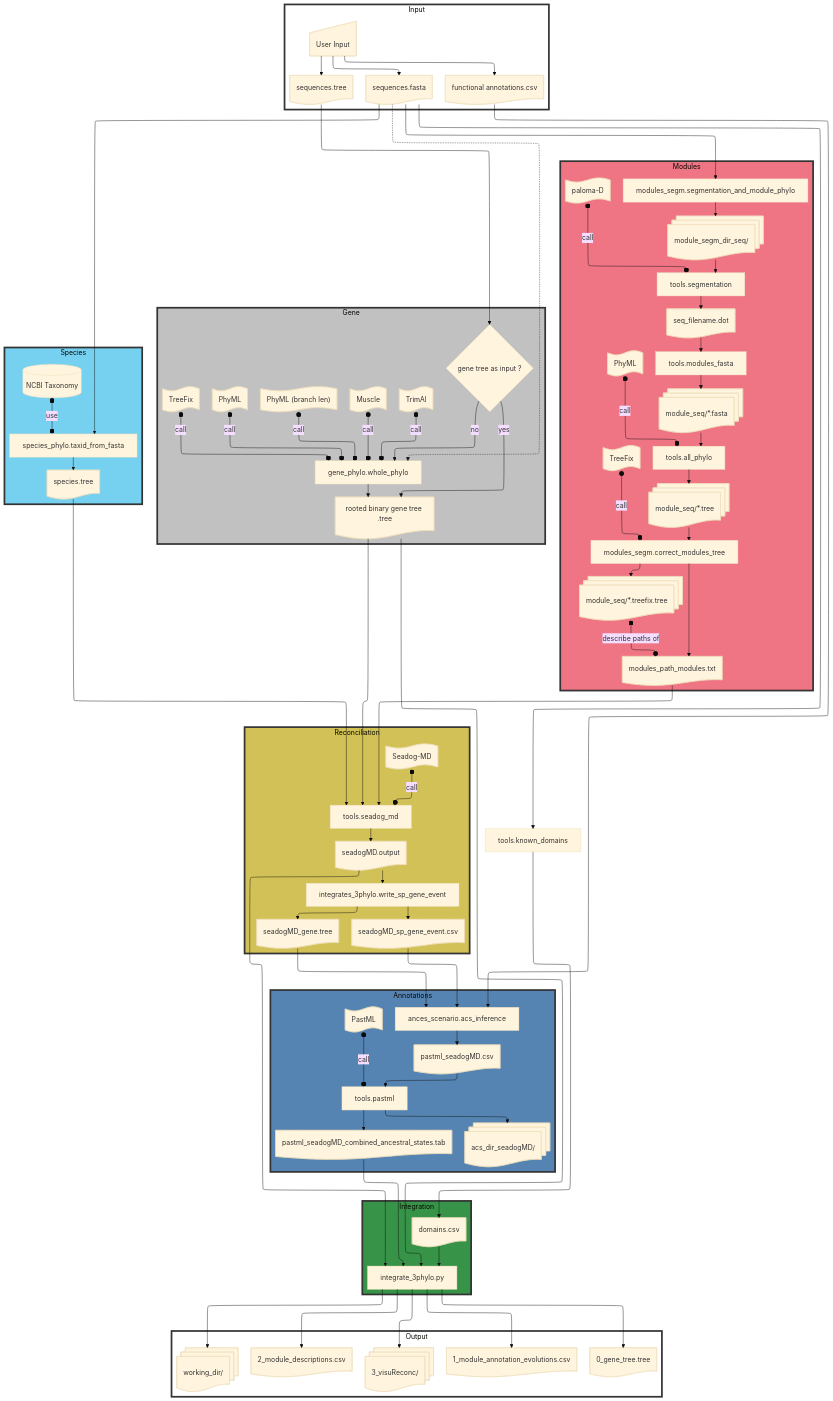
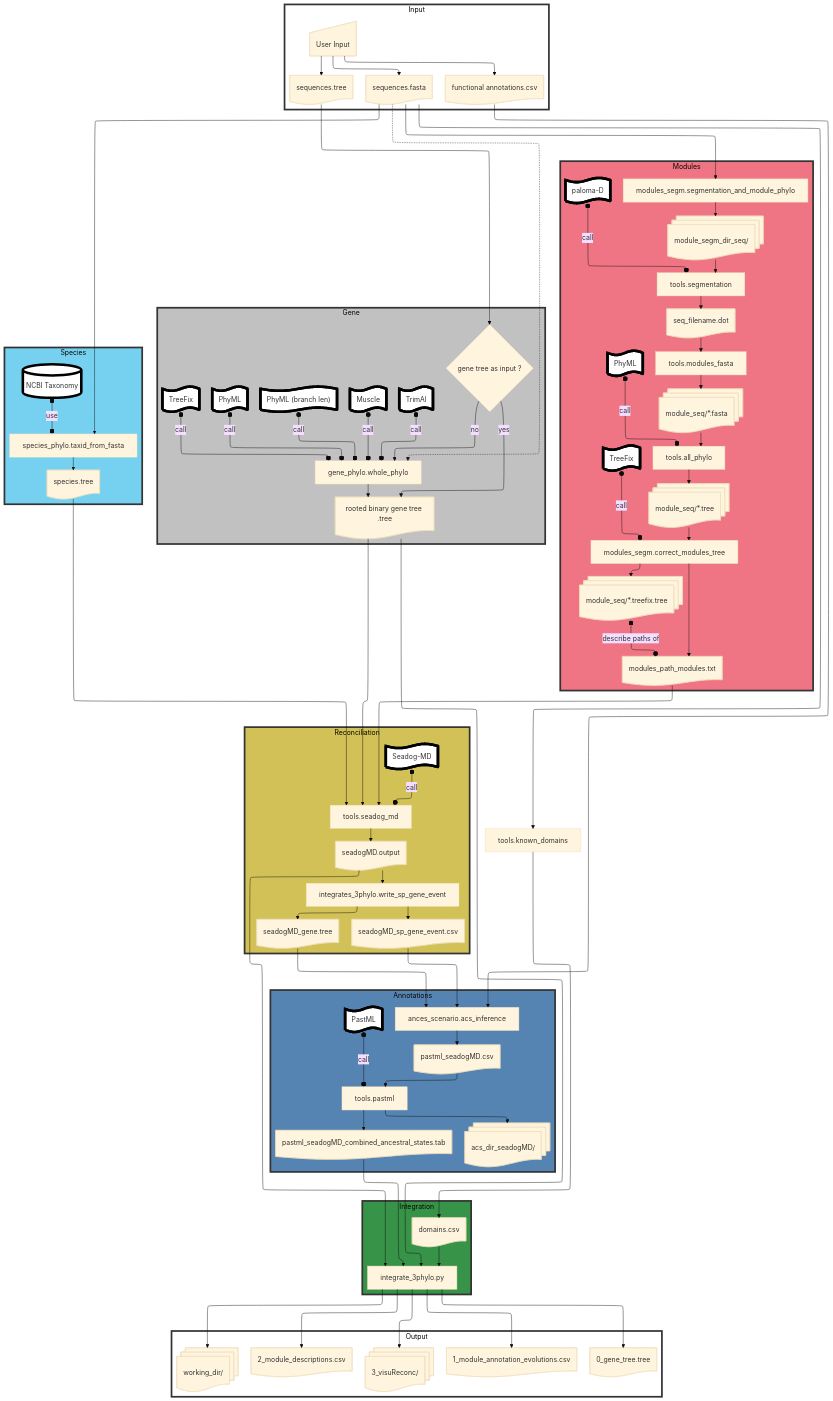
Before and after one commit to OcMalde/fuse-phylotree: the diagram in README.md, drawn with Mermaid.

Commit message:
readme mermaid test

````diff
--- a/README.md
+++ b/README.md
@@ -23,15 +23,8 @@
   elk:
     nodePlacementStrategy: SIMPLE
   look: classic
-  securityLevel: loose
   theme: base
-  themeVariables:
-    primaryColor: #fff
-    primaryBorderColor: #fff
-    lineColor: #fff
-    nodeBorder: #fff
-    defaultLinkColor: #fff
-    fontSize: 50
+  fontSize: 50
 ---
 flowchart TB
 
@@ -126,4 +119,9 @@
 end
 style Output fill:#fff,stroke:#333,stroke-width:4px
 
+
+classDef tools fill:#fff,stroke:#000,stroke-width:6px;
+class m5,m9,m11,g4,g5,g6,g7,g8,s2,r2,a4 tools
+
+
 ```
````
